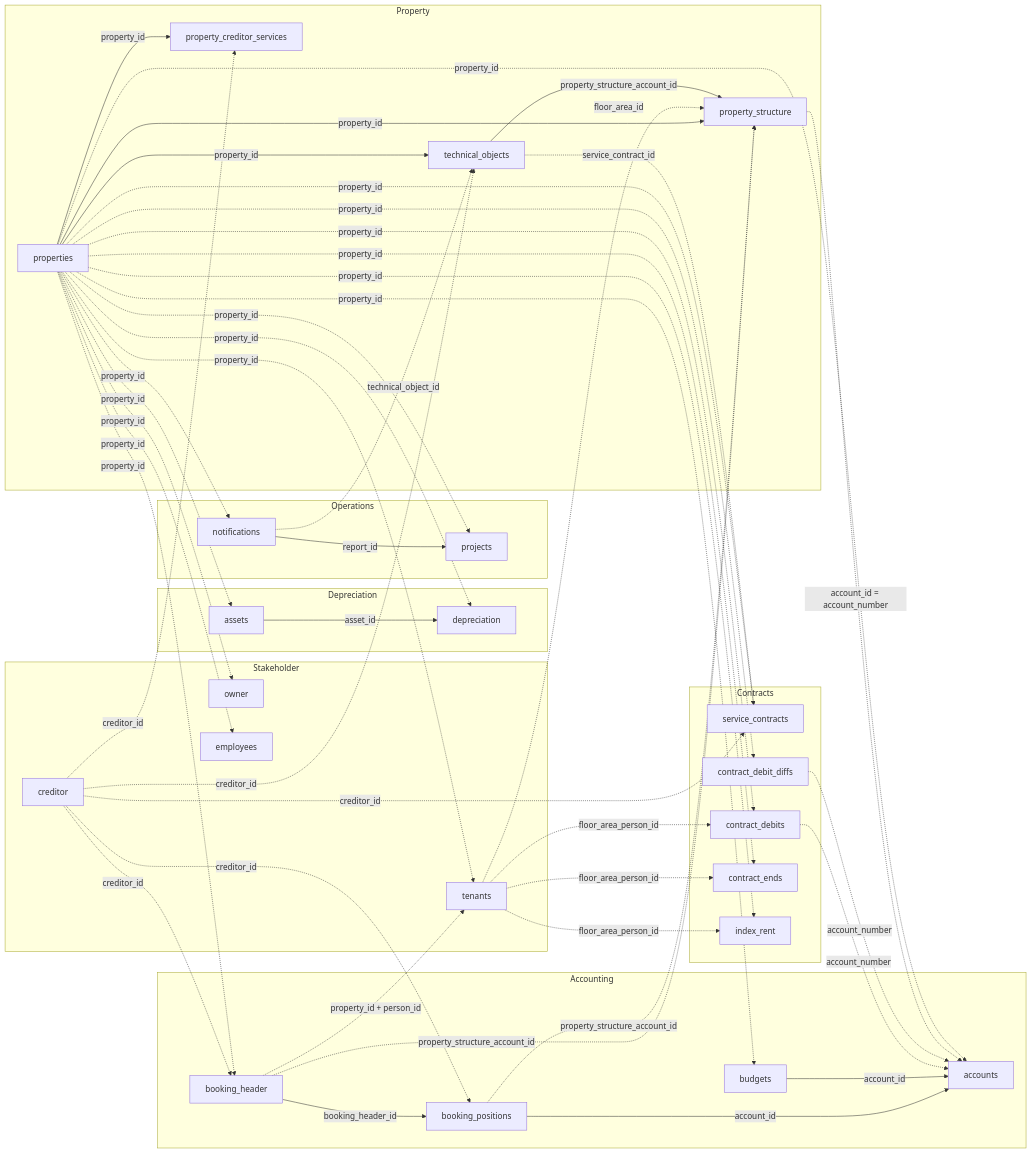
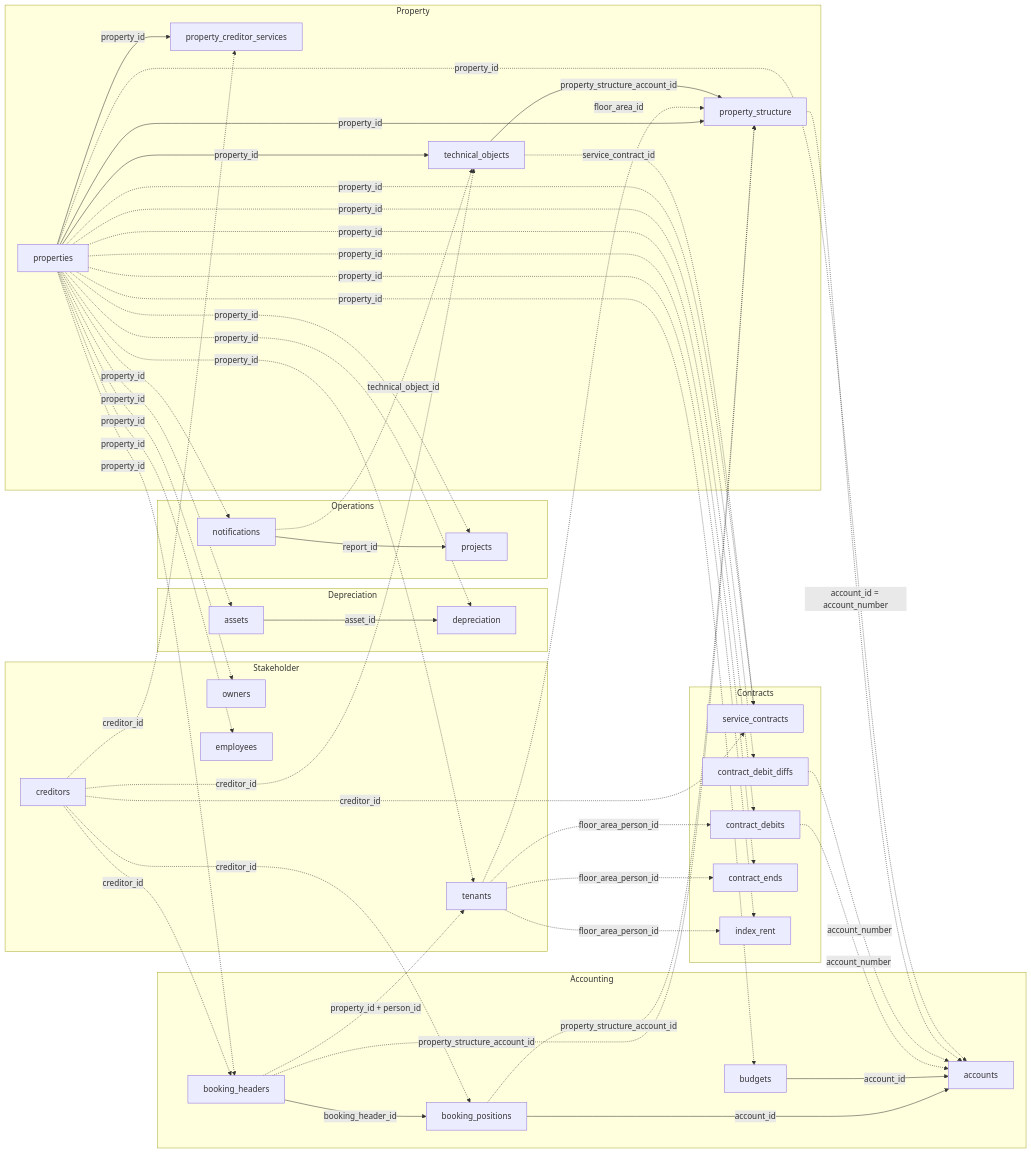
The diagram in de/v1/data-model/overview.mdx (Trassets-ai/api-docs), drawn with Mermaid before and after one commit. The commit also changed other lines of this file and 25 other files, not shown here.

```diff
--- a/de/v1/data-model/overview.mdx
+++ b/de/v1/data-model/overview.mdx
@@ -51,7 +51,7 @@
   end
 
   subgraph Accounting
-    booking_header["booking_header"]
+    booking_header["booking_headers"]
     booking_positions["booking_positions"]
     accounts["accounts"]
     budgets["budgets"]
@@ -76,9 +76,9 @@
   end
 
   subgraph Stakeholder
-    creditor["creditor"]
+    creditor["creditors"]
     tenants["tenants"]
-    owner["owner"]
+    owner["owners"]
     employees["employees"]
   end
 
```
